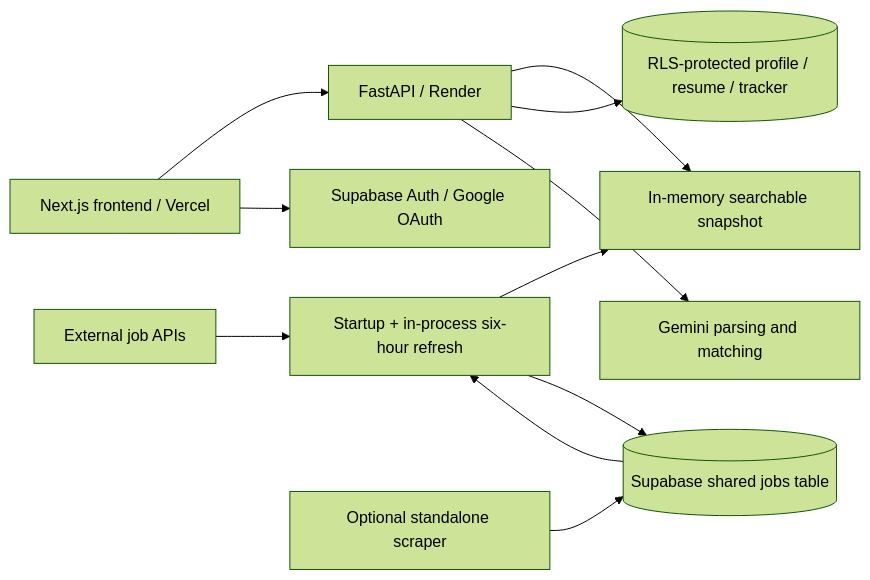
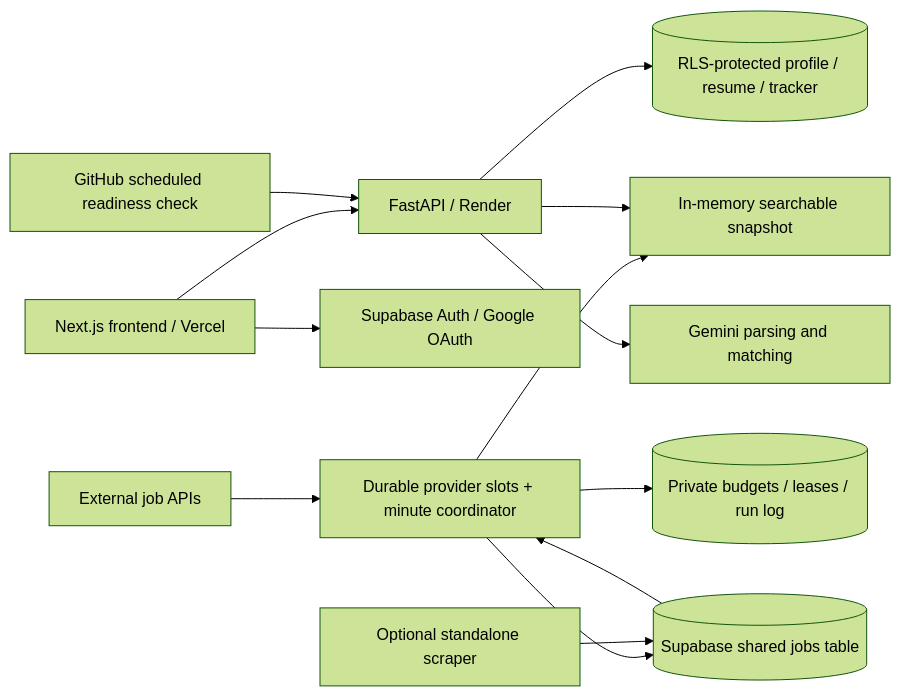
The diagram in README.md (KhuzaimaHassan/job-finder-ai), drawn with Mermaid (forest theme) before and after one commit. The commit also changed other lines of this file and 27 other files, not shown here.

````diff
--- a/README.md
+++ b/README.md
@@ -44,13 +45,15 @@
 ```mermaid
 flowchart LR
     Browser[Next.js frontend / Vercel] --> API[FastAPI / Render]
     Browser --> Auth[Supabase Auth / Google OAuth]
-    Providers[External job APIs] --> Fetch[Startup + in-process six-hour refresh]
+    Providers[External job APIs] --> Fetch[Durable provider slots + minute coordinator]
     Fetch --> Cache[In-memory searchable snapshot]
     Fetch --> Jobs[(Supabase shared jobs table)]
     Jobs --> Fetch
     API --> Cache
     API --> UserData[(RLS-protected profile / resume / tracker)]
     API --> Gemini[Gemini parsing and matching]
     Local[Optional standalone scraper] --> Jobs
+    Schedule[GitHub scheduled readiness check] --> API
+    Fetch --> Runs[(Private budgets / leases / run log)]
 ```
````
